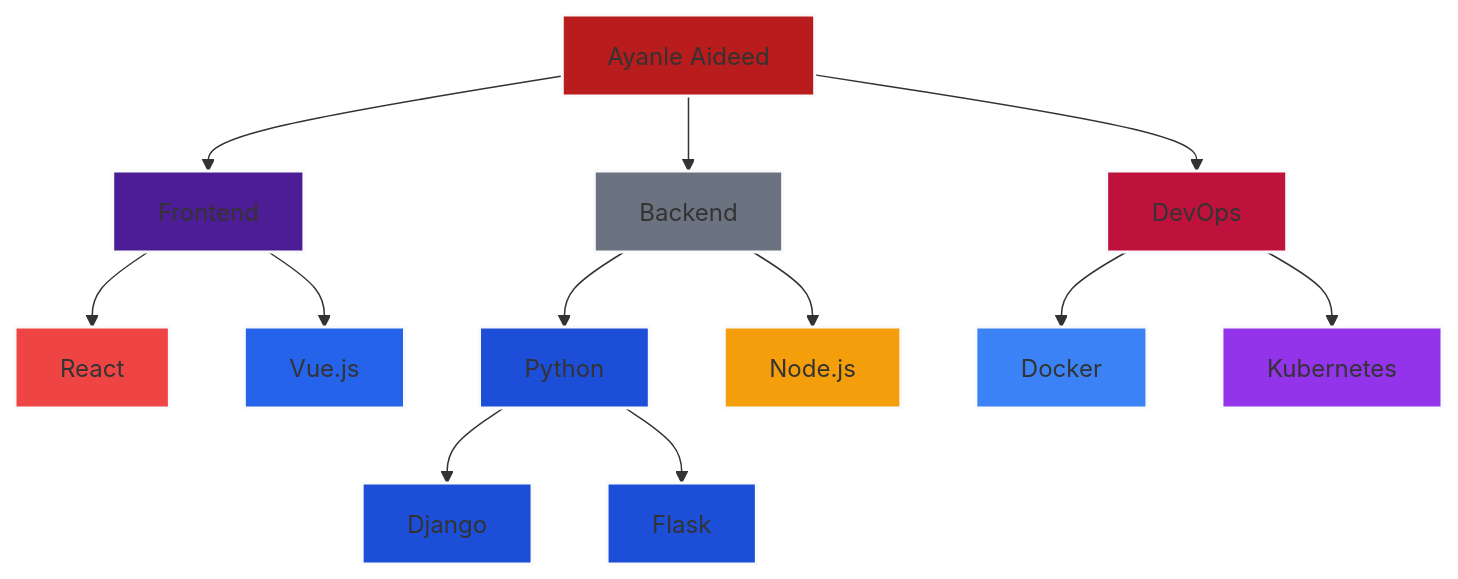
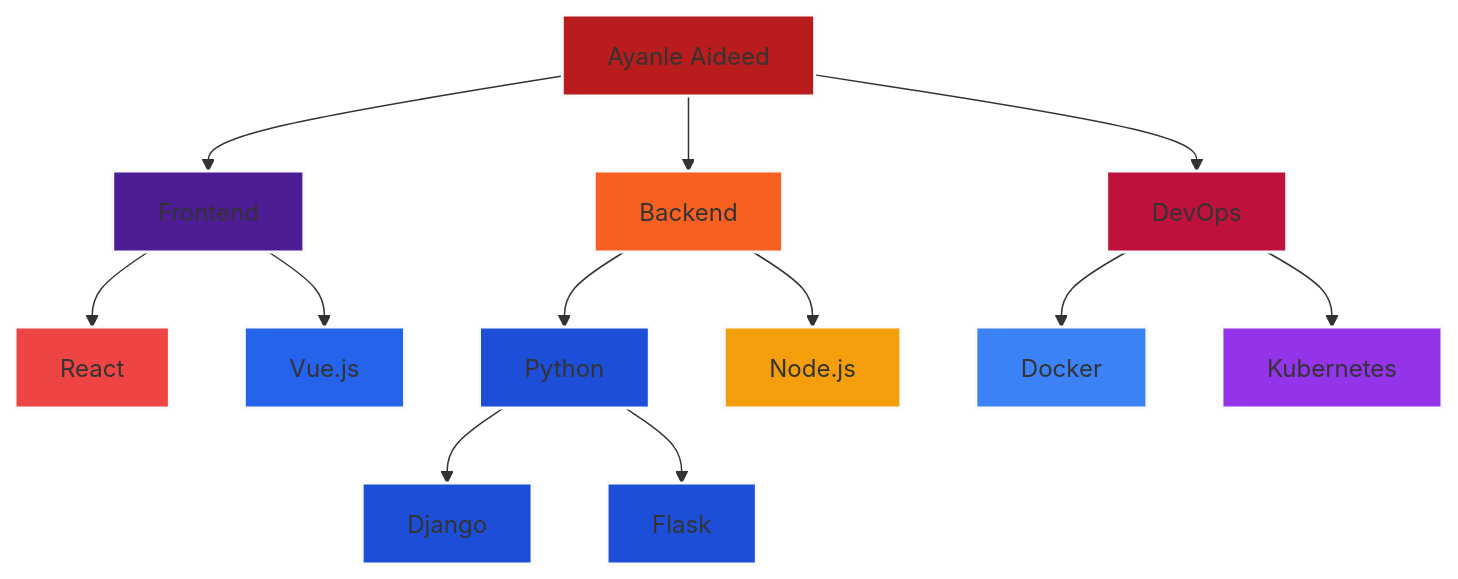
One commit to Ayanleaideed/Ayanleaideed changed the diagram in README.md. Above: the diagram before and after it, drawn with Mermaid.

````diff
--- a/README.md
+++ b/README.md
@@ -115,30 +115,30 @@
 ```mermaid
 graph TD
     A[Ayanle Aideed] --> B[Frontend]
     A --> C[Backend]
     A --> D[DevOps]
     B --> E[React]
     B --> F[Vue.js]
     C --> G[Python]
     C --> H[Node.js]
     D --> I[Docker]
     D --> J[Kubernetes]
     G --> L[Django]
     G --> M[Flask]
 
     style A fill:#b91c1c,stroke:#F9FAFB,stroke-width:2px
     style B fill:#4c1d95,stroke:#F9FAFB,stroke-width:2px
-    style C fill:#6B7280,stroke:#F9FAFB,stroke-width:2px
+    style C fill:#f86022,stroke:#F9FAFB,stroke-width:2px
     style D fill:#be123c,stroke:#F9FAFB,stroke-width:2px
     style E fill:#EF4444,stroke:#F9FAFB,stroke-width:2px
     style F fill:#2563eb,stroke:#F9FAFB,stroke-width:2px
     style G fill:#1d4ed8,stroke:#F9FAFB,stroke-width:2px
     style H fill:#F59E0B,stroke:#F9FAFB,stroke-width:2px
     style I fill:#3B82F6,stroke:#F9FAFB,stroke-width:2px
     style J fill:#9333EA,stroke:#F9FAFB,stroke-width:2px
     style L fill:#1d4ed8,stroke:#F9FAFB,stroke-width:2px
     style M fill:#1d4ed8,stroke:#F9FAFB,stroke-width:2px
 
 
 
 ```
````
